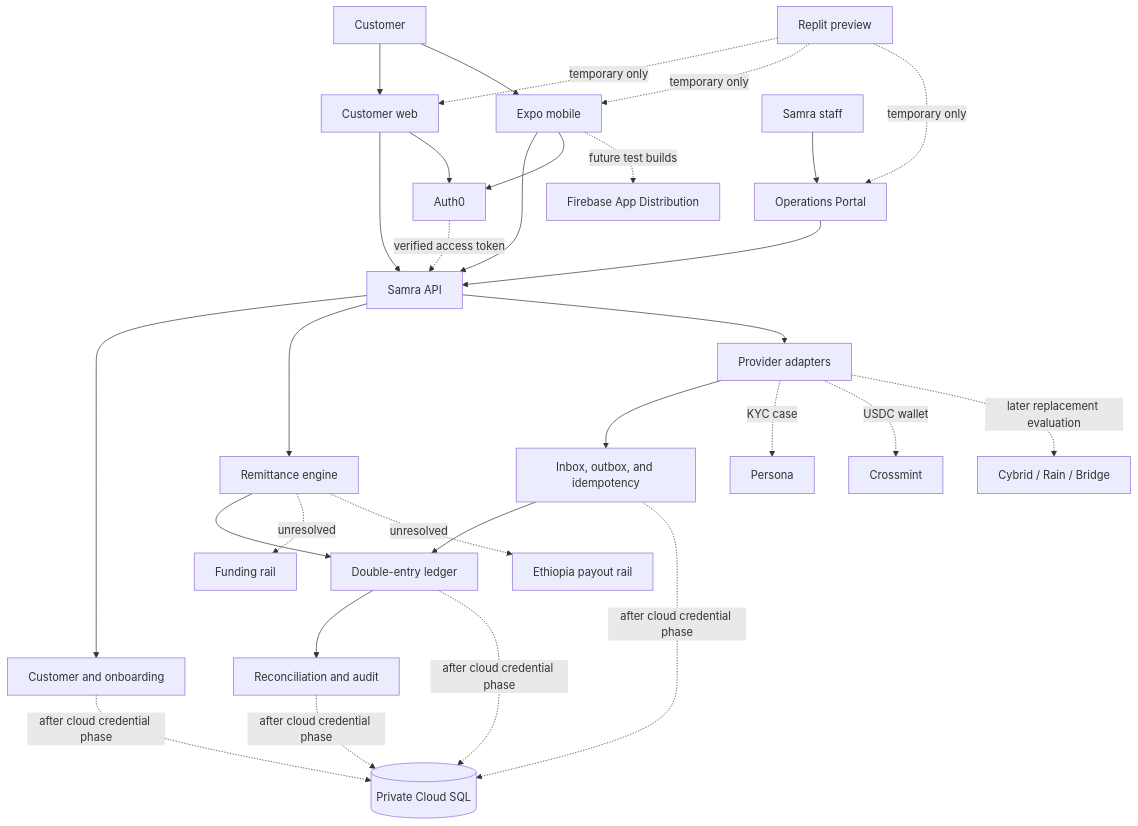
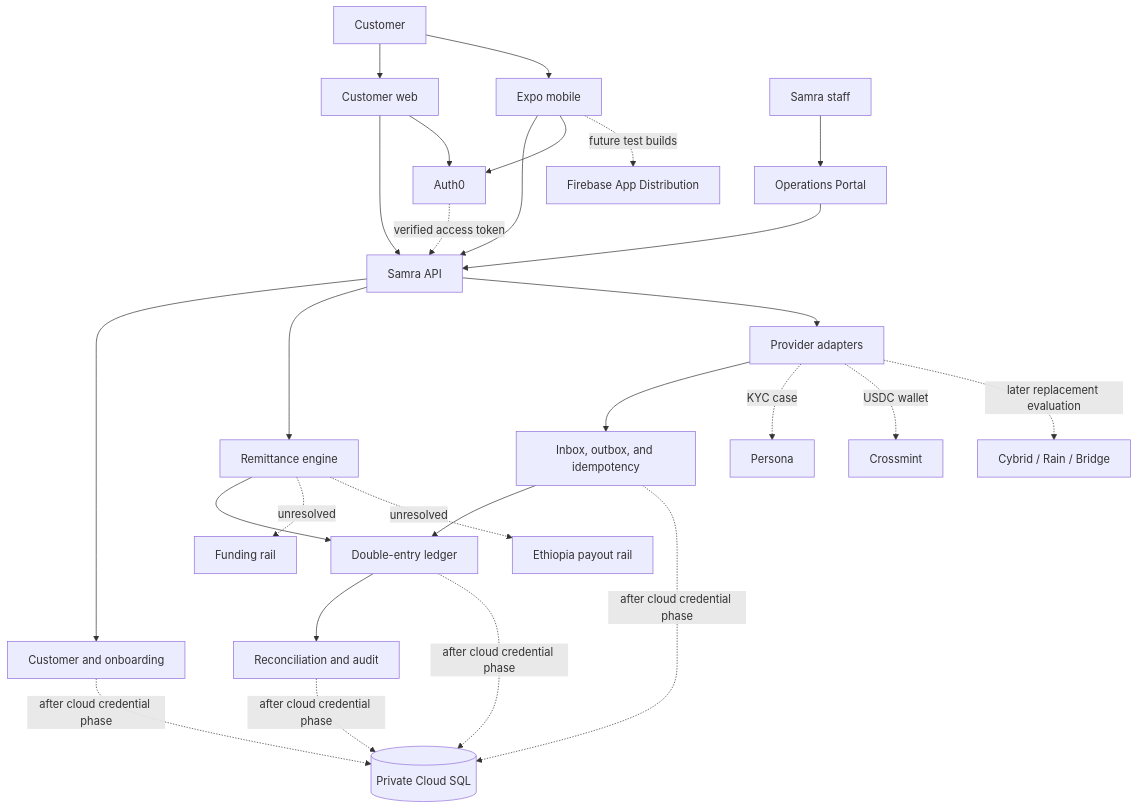
Before and after one commit to samra-pay/Samra-Pay: the diagram in docs/architecture/alpha-platform.md, drawn with Mermaid. The commit also changed 48 other files, not shown here.

````diff
--- a/docs/architecture/alpha-platform.md
+++ b/docs/architecture/alpha-platform.md
@@ -29,37 +29,34 @@
 ```mermaid
 flowchart TB
   customer[Customer] --> web[Customer web]
   customer --> mobile[Expo mobile]
   staff[Samra staff] --> ops[Operations Portal]
 
   web --> api[Samra API]
   mobile --> api
   ops --> api
 
   api --> profile[Customer and onboarding]
   api --> transfer[Remittance engine]
   api --> adapters[Provider adapters]
   transfer --> ledger[Double-entry ledger]
   adapters --> events[Inbox, outbox, and idempotency]
   events --> ledger
   ledger --> recon[Reconciliation and audit]
 
   profile -. after cloud credential phase .-> postgres[(Private Cloud SQL)]
   ledger -. after cloud credential phase .-> postgres
   events -. after cloud credential phase .-> postgres
   recon -. after cloud credential phase .-> postgres
 
   web --> auth0[Auth0]
   mobile --> auth0
   auth0 -. verified access token .-> api
   adapters -. KYC case .-> persona[Persona]
   adapters -. USDC wallet .-> crossmint[Crossmint]
   adapters -. later replacement evaluation .-> alternatives[Cybrid / Rain / Bridge]
   transfer -. unresolved .-> funding[Funding rail]
   transfer -. unresolved .-> payout[Ethiopia payout rail]
 
   mobile -. future test builds .-> firebase[Firebase App Distribution]
-  replit[Replit preview] -. temporary only .-> web
-  replit -. temporary only .-> mobile
-  replit -. temporary only .-> ops
 ```
````
